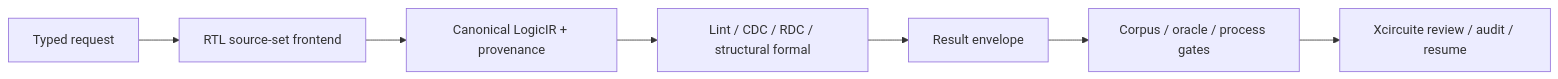
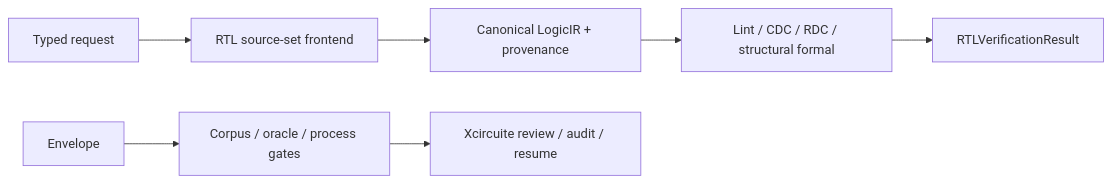
Before and after one commit to 1amageek/RTLVerificationEngine: the first of 4 diagrams in README.md, drawn with Mermaid. The commit also changed other lines of this file and 79 other files, not shown here.

````diff
--- a/README.md
+++ b/README.md
@@ -32,9 +32,9 @@
 ```mermaid
 flowchart LR
     Request["Typed request"] --> Frontend["RTL source-set frontend"]
     Frontend --> IR["Canonical LogicIR + provenance"]
     IR --> Native["Lint / CDC / RDC / structural formal"]
-    Native --> Envelope["Result envelope"]
+    Native --> Result["RTLVerificationResult"]
     Envelope --> Qualification["Corpus / oracle / process gates"]
     Qualification --> Review["Xcircuite review / audit / resume"]
 ```
````
